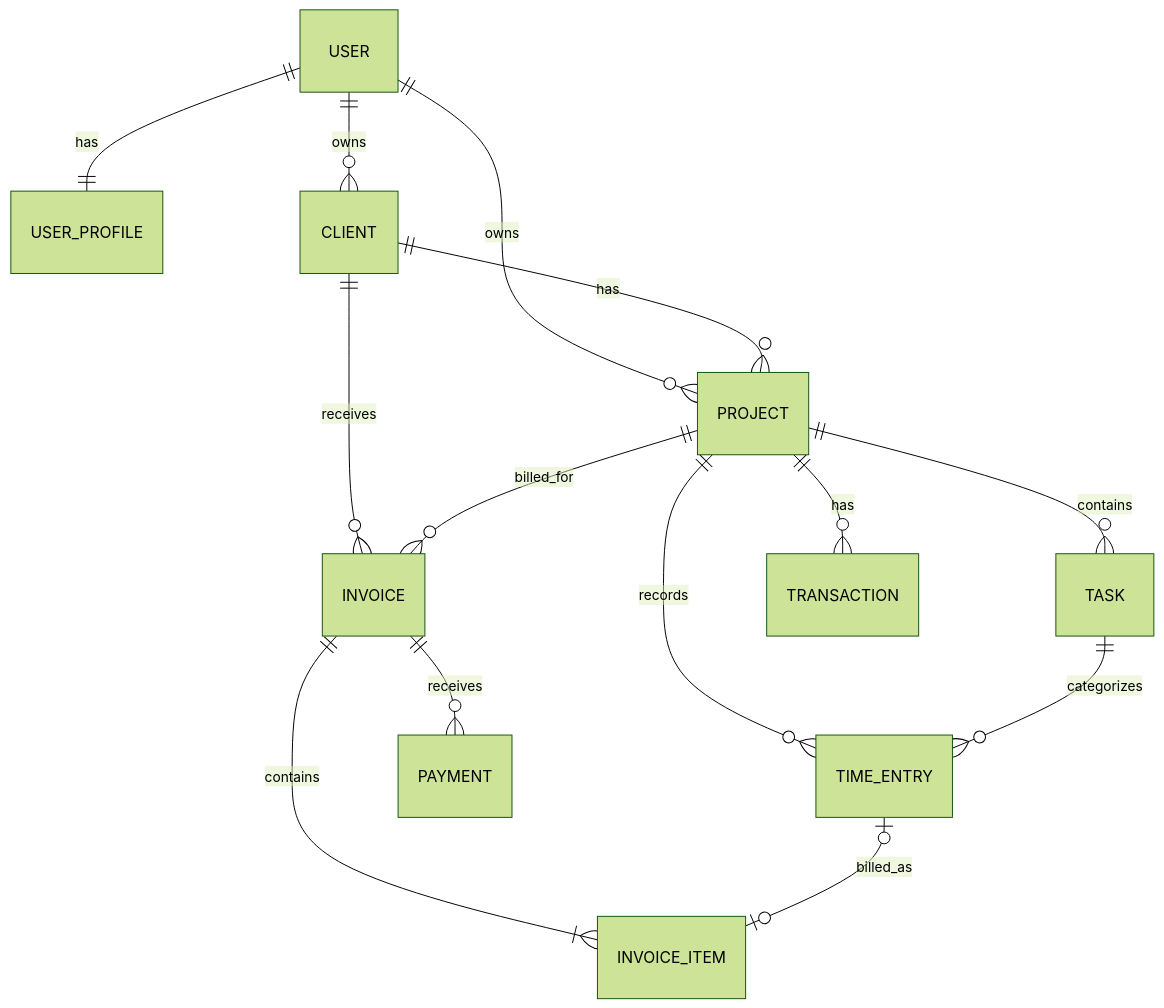
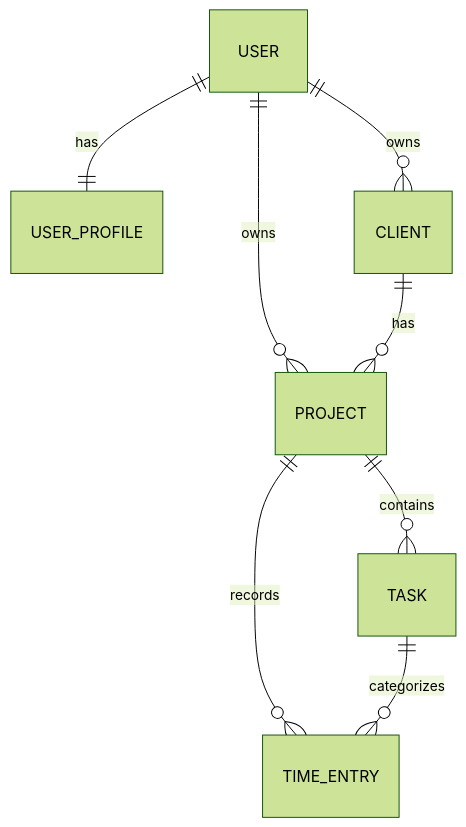
The first of 2 diagrams in REQUIREMENTS.md (lillianxhub/freelance-hub), drawn with Mermaid (forest theme) before and after one commit. The commit also changed other lines of this file and 2 other files, not shown here.

````diff
--- a/REQUIREMENTS.md
+++ b/REQUIREMENTS.md
@@ -258,16 +191,10 @@
 ```mermaid
 erDiagram
     USER ||--|| USER_PROFILE : has
     USER ||--o{ CLIENT : owns
     USER ||--o{ PROJECT : owns
     CLIENT ||--o{ PROJECT : has
     PROJECT ||--o{ TASK : contains
     PROJECT ||--o{ TIME_ENTRY : records
     TASK ||--o{ TIME_ENTRY : categorizes
-    CLIENT ||--o{ INVOICE : receives
-    PROJECT ||--o{ INVOICE : billed_for
-    INVOICE ||--|{ INVOICE_ITEM : contains
-    TIME_ENTRY o|--o| INVOICE_ITEM : billed_as
-    PROJECT ||--o{ TRANSACTION : has
-    INVOICE ||--o{ PAYMENT : receives
 ```
````
